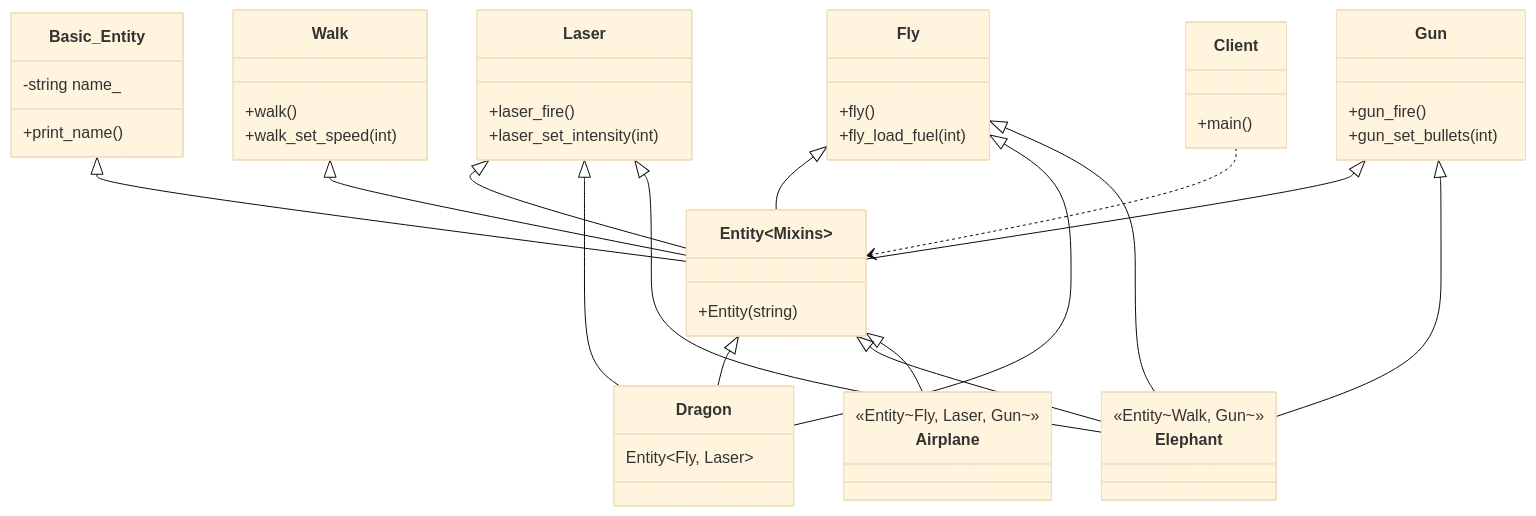
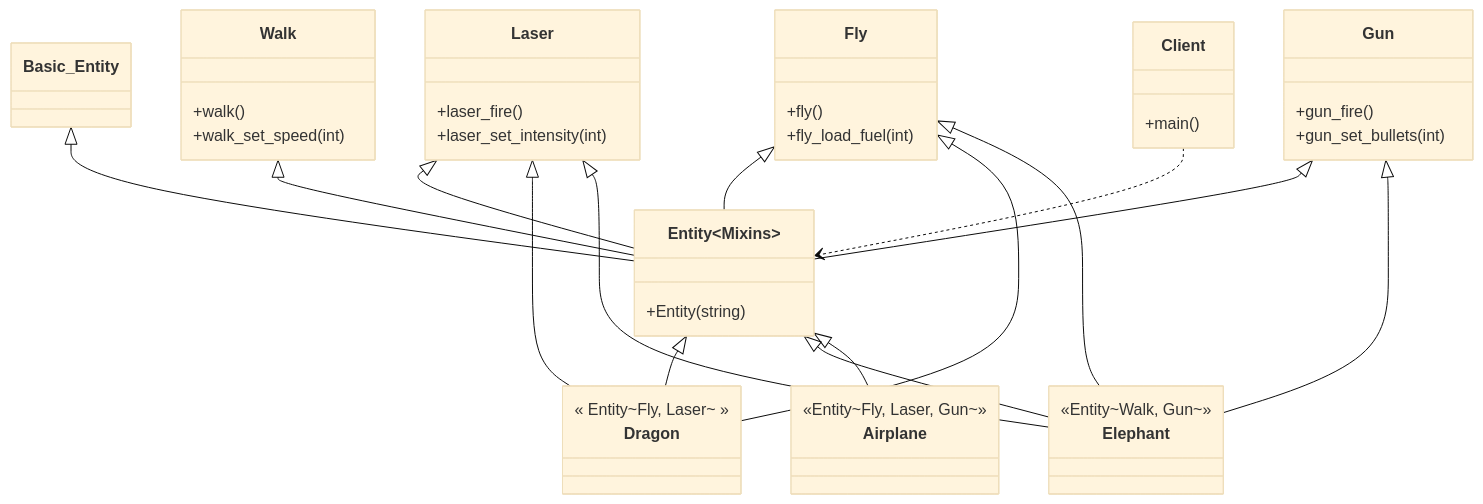
One commit to Cichlidfishexigency721/Modern-CPP-Design-Patterns changed the diagram in 15_Mixin/01_Simple/diagram.md. Above: the diagram before and after it, drawn with Mermaid (base theme). The commit also changed 2 other files, not shown here.

Commit message:
UML improvement

````diff
--- a/15_Mixin/01_Simple/diagram.md
+++ b/15_Mixin/01_Simple/diagram.md
@@ -3,61 +3,60 @@
 ```mermaid
 classDiagram
-   class Basic_Entity {
-      -string name_
-      +print_name()
+%%---------------------------------------------------------------------- Main:
+   class Client {
+      +main()
    }
 
+%%---------------------------------------------------- Features (Mixin Parts):
    class Laser {
       +laser_fire()
       +laser_set_intensity(int)
    }
 
    class Walk {
       +walk()
       +walk_set_speed(int)
    }
 
    class Gun {
       +gun_fire()
       +gun_set_bullets(int)
    }
 
    class Fly {
       +fly()
       +fly_load_fuel(int)
    }
 
+%%--------------------------------------------------------------------- Entity:
    class Entity~Mixins~ {
       +Entity(string)
    }
 
-   class Client {
-      +main()
-   }
-
-   %% Specific Entities defined by type aliases in the code
-   class Dragon { Entity~Fly, Laser~ }
+%%------------------------------------------------------------ Mixin Entities:
+   %% Mixin entities defined by type aliases in the code
+   class Dragon { << Entity~Fly, Laser~ >> }
    class Elephant { <<Entity~Walk, Gun~>> }
    class Airplane { <<Entity~Fly, Laser, Gun~>> }
 
    %% Multiple Inheritance (Horizontal Composition)
    %% Inheritance arrows do not use multiplicity numbers
    Basic_Entity <|-- Entity~Mixins~
    Laser <|-- Entity~Mixins~
    Walk <|-- Entity~Mixins~
    Gun <|-- Entity~Mixins~
    Fly <|-- Entity~Mixins~
 
    %% Relationships for specific types
    Entity~Mixins~ <|-- Dragon
    Fly <|-- Dragon
    Laser <|-- Dragon
    Entity~Mixins~ <|-- Elephant
    Fly <|-- Elephant
    Laser <|-- Elephant
    Gun <|-- Elephant
    Entity~Mixins~ <|-- Airplane
 
    %% Dependency - No numbers
    Client ..> Entity~Mixins~
 ```
````
